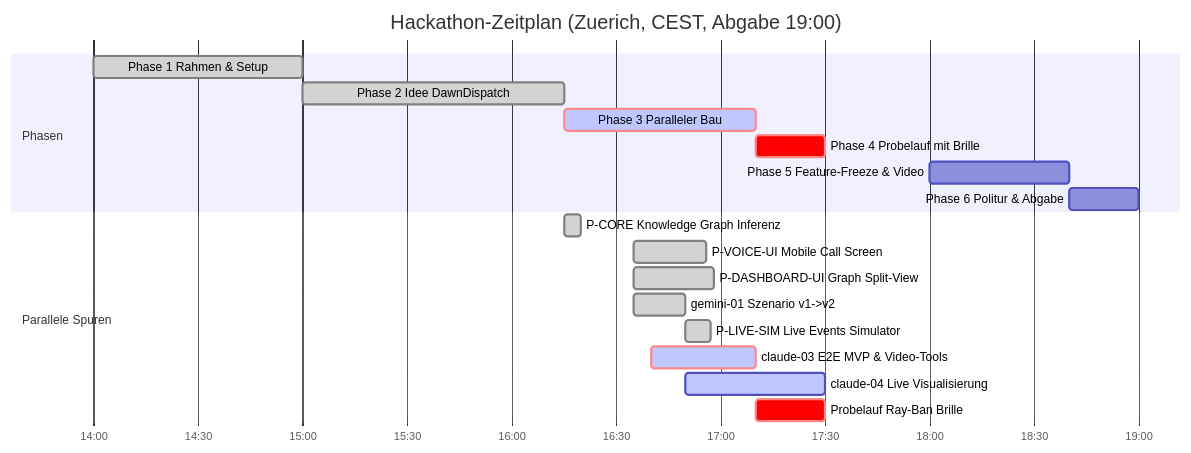
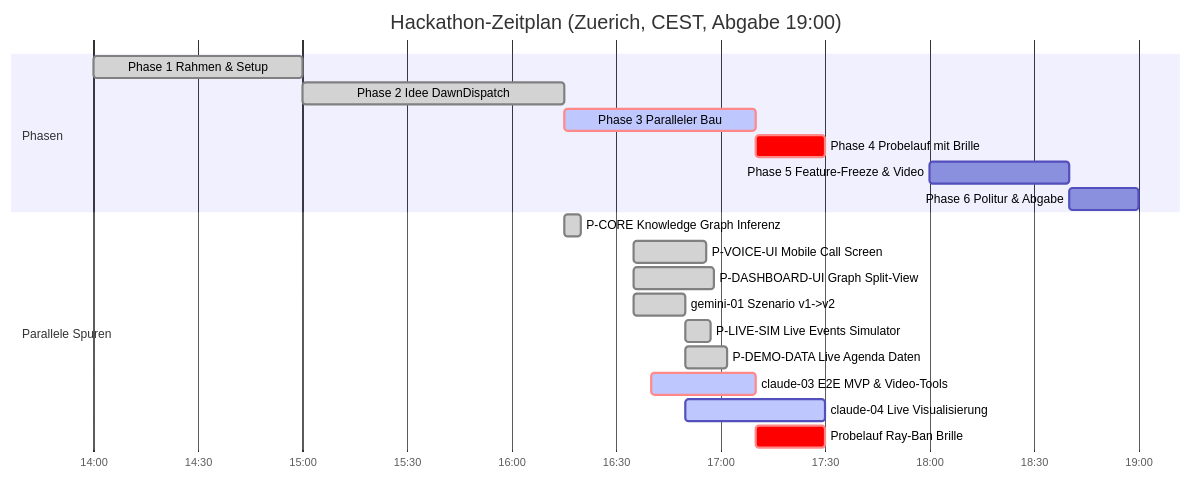
The diagram in STAND.md (Philipp2agent/agentic-hack-google), drawn with Mermaid before and after one commit. The commit also changed other lines of this file, not shown here.

Commit message:
docs(stand): merge P-DEMO-DATA von hack-bau1 nach main

````diff
--- a/STAND.md
+++ b/STAND.md
@@ -27,22 +28,23 @@
 ```mermaid
 gantt
   title Hackathon-Zeitplan (Zuerich, CEST, Abgabe 19:00)
   dateFormat HH:mm
   axisFormat %H:%M
   section Phasen
   Phase 1 Rahmen & Setup         :done, p1, 14:00, 15:00
   Phase 2 Idee DawnDispatch      :done, p2, 15:00, 16:15
   Phase 3 Paralleler Bau         :crit, active, p3, 16:15, 17:10
   Phase 4 Probelauf mit Brille   :crit, p4, 17:10, 17:30
   Phase 5 Feature-Freeze & Video :p5, 18:00, 18:40
   Phase 6 Politur & Abgabe       :p6, 18:40, 19:00
   section Parallele Spuren
   P-CORE Knowledge Graph Inferenz   :done, p_core, 16:15, 16:20
   P-VOICE-UI Mobile Call Screen     :done, p_vui, 16:35, 16:56
   P-DASHBOARD-UI Graph Split-View   :done, p_dui, 16:35, 16:58
   gemini-01 Szenario v1->v2         :done, p_gem1, 16:35, 16:50
   P-LIVE-SIM Live Events Simulator  :done, p_sim, 16:50, 16:57
+  P-DEMO-DATA Live Agenda Daten     :done, p_data, 16:50, 17:02
   claude-03 E2E MVP & Video-Tools   :crit, active, p_cl3, 16:40, 17:10
   claude-04 Live Visualisierung     :active, p_cl4, 16:50, 17:30
   Probelauf Ray-Ban Brille          :crit, p_probe, 17:10, 17:30
 ```
````
